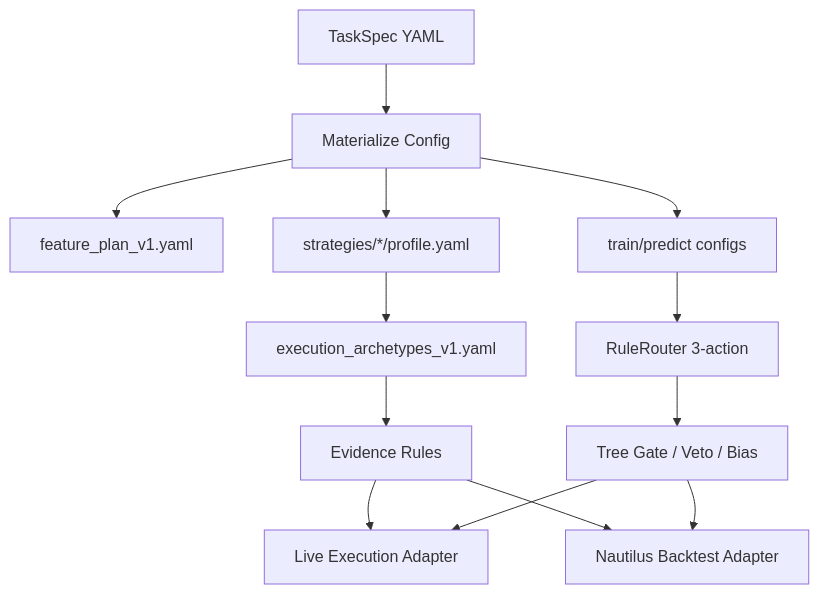
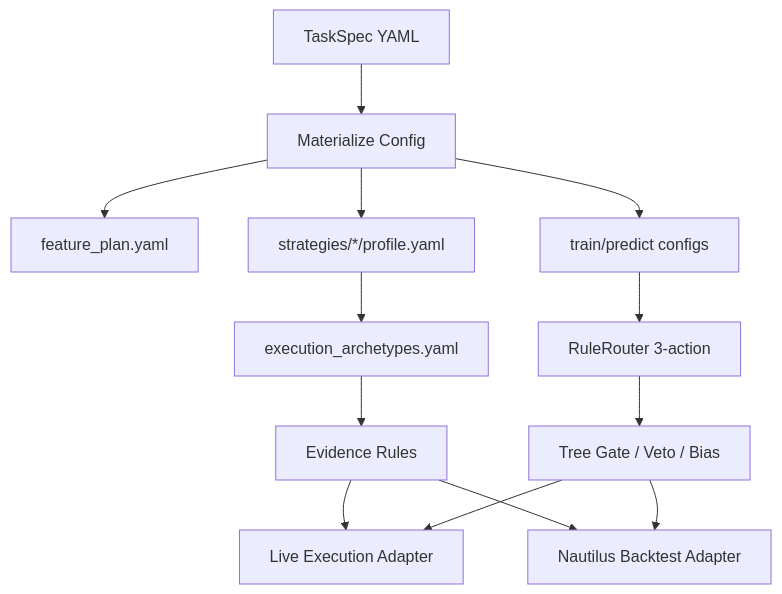
Before and after one commit to SnYang096/ml-trading-bot: the first of 3 diagrams in docs/ARCHITECTURE.md, drawn with Mermaid. The commit also changed other lines of this file and 192 other files, not shown here.

````diff
--- a/docs/ARCHITECTURE.md
+++ b/docs/ARCHITECTURE.md
@@ -73,15 +83,15 @@
 ```mermaid
 flowchart TD
   TaskSpec[TaskSpec YAML] --> Materialize[Materialize Config]
-  Materialize --> FeaturePlan[feature_plan_v1.yaml]
+  Materialize --> FeaturePlan[feature_plan.yaml]
   Materialize --> ModelCfg[train/predict configs]
   Materialize --> StratProfiles[strategies/*/profile.yaml]
-  StratProfiles --> ExecRegistry[execution_archetypes_v1.yaml]
+  StratProfiles --> ExecRegistry[execution_archetypes.yaml]
   ExecRegistry --> EvidenceRules[Evidence Rules]
   EvidenceRules --> LiveExec[Live Execution Adapter]
   EvidenceRules --> Backtest[Nautilus Backtest Adapter]
   ModelCfg --> Router[RuleRouter 3-action]
   Router --> Gate[Tree Gate / Veto / Bias]
   Gate --> LiveExec
   Gate --> Backtest
 ```
````
